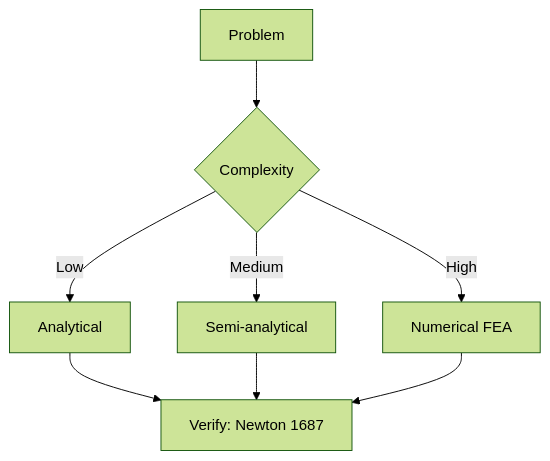
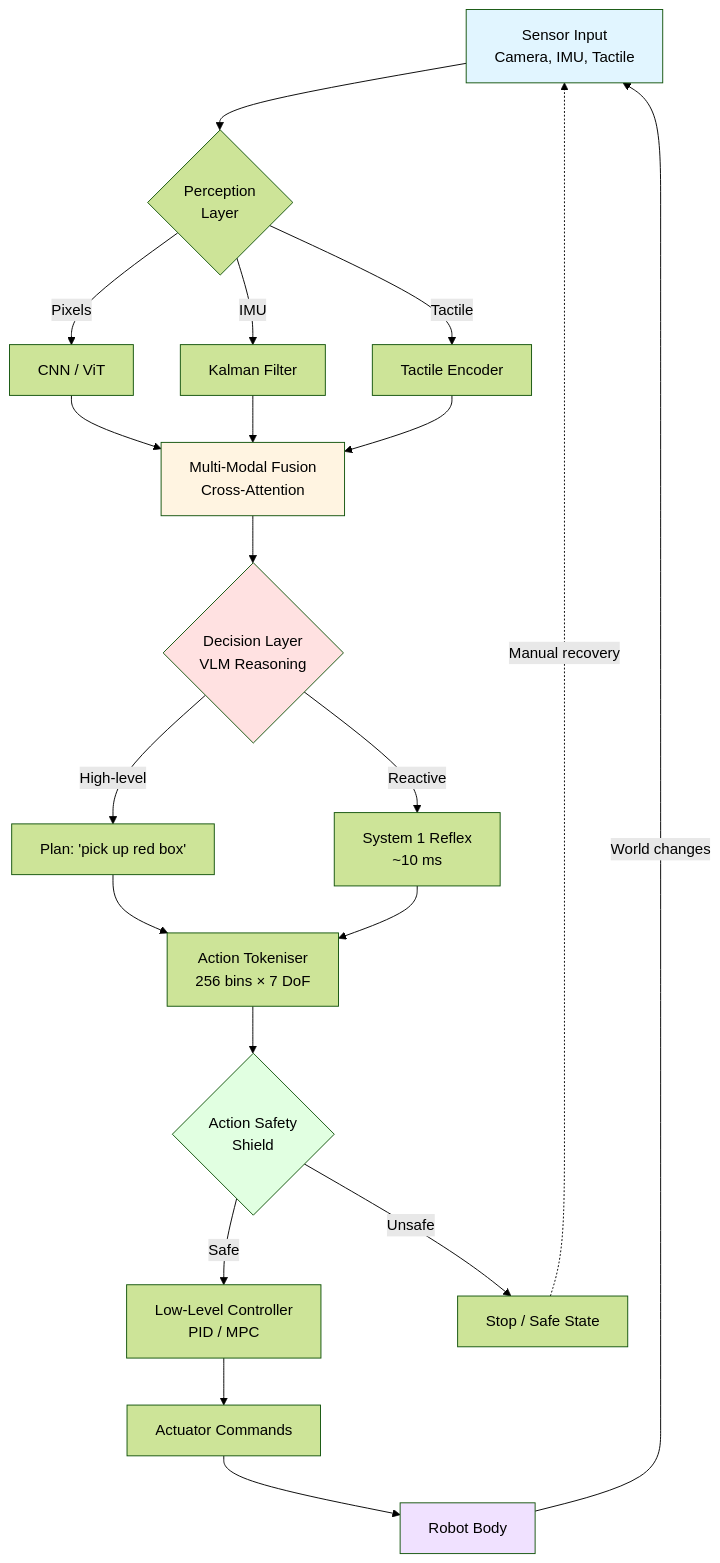
One commit to yip-lgtm/mech-Eng-Bootcamp changed the first of 5 diagrams in mae-bootcamp/other/subjects/01_embodied-robot-intelligence.md. Above: the diagram before and after it, drawn with Mermaid (forest theme). The commit also changed other lines of this file and 15 other files, not shown here.

````diff
--- a/mae-bootcamp/other/subjects/01_embodied-robot-intelligence.md
+++ b/mae-bootcamp/other/subjects/01_embodied-robot-intelligence.md
@@ -70,10 +648,27 @@
 ```mermaid
 flowchart TD
-    A[Problem] --> B{Complexity}
-    B -->|Low| C[Analytical]
-    B -->|Medium| D[Semi-analytical]
-    B -->|High| E[Numerical FEA]
-    C --> F[Verify: Newton 1687]
+    A[Sensor Input<br/>Camera, IMU, Tactile] --> B{Perception<br/>Layer}
+    B -->|Pixels| C[CNN / ViT]
+    B -->|IMU| D[Kalman Filter]
+    B -->|Tactile| E[Tactile Encoder]
+    C --> F[Multi-Modal Fusion<br/>Cross-Attention]
     D --> F
     E --> F
+    F --> G{Decision Layer<br/>VLM Reasoning}
+    G -->|High-level| H[Plan: 'pick up red box']
+    G -->|Reactive| I[System 1 Reflex<br/>~10 ms]
+    H --> J[Action Tokeniser<br/>256 bins × 7 DoF]
+    I --> J
+    J --> K{Action Safety<br/>Shield}
+    K -->|Safe| L[Low-Level Controller<br/>PID / MPC]
+    K -->|Unsafe| M[Stop / Safe State]
+    L --> N[Actuator Commands]
+    N --> O[Robot Body]
+    O -->|World changes| A
+    M -.->|Manual recovery| A
+    style A fill:#e1f5ff
+    style F fill:#fff4e1
+    style G fill:#ffe1e1
+    style K fill:#e1ffe1
+    style O fill:#f0e1ff
 ```
````
